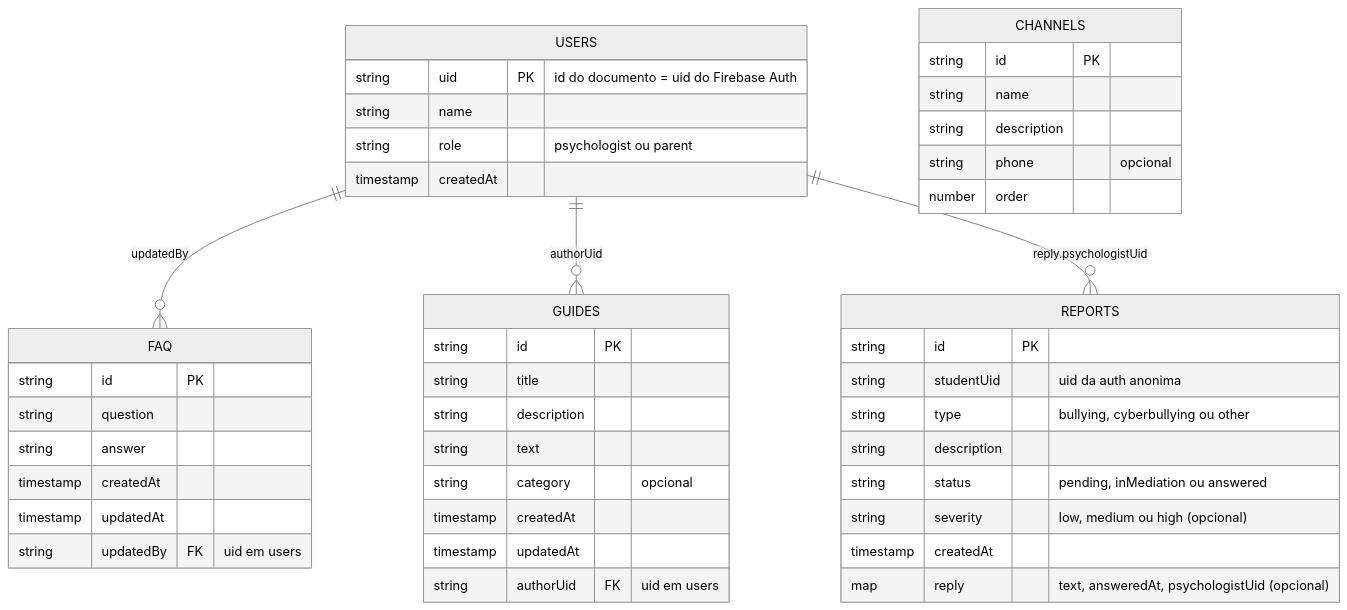
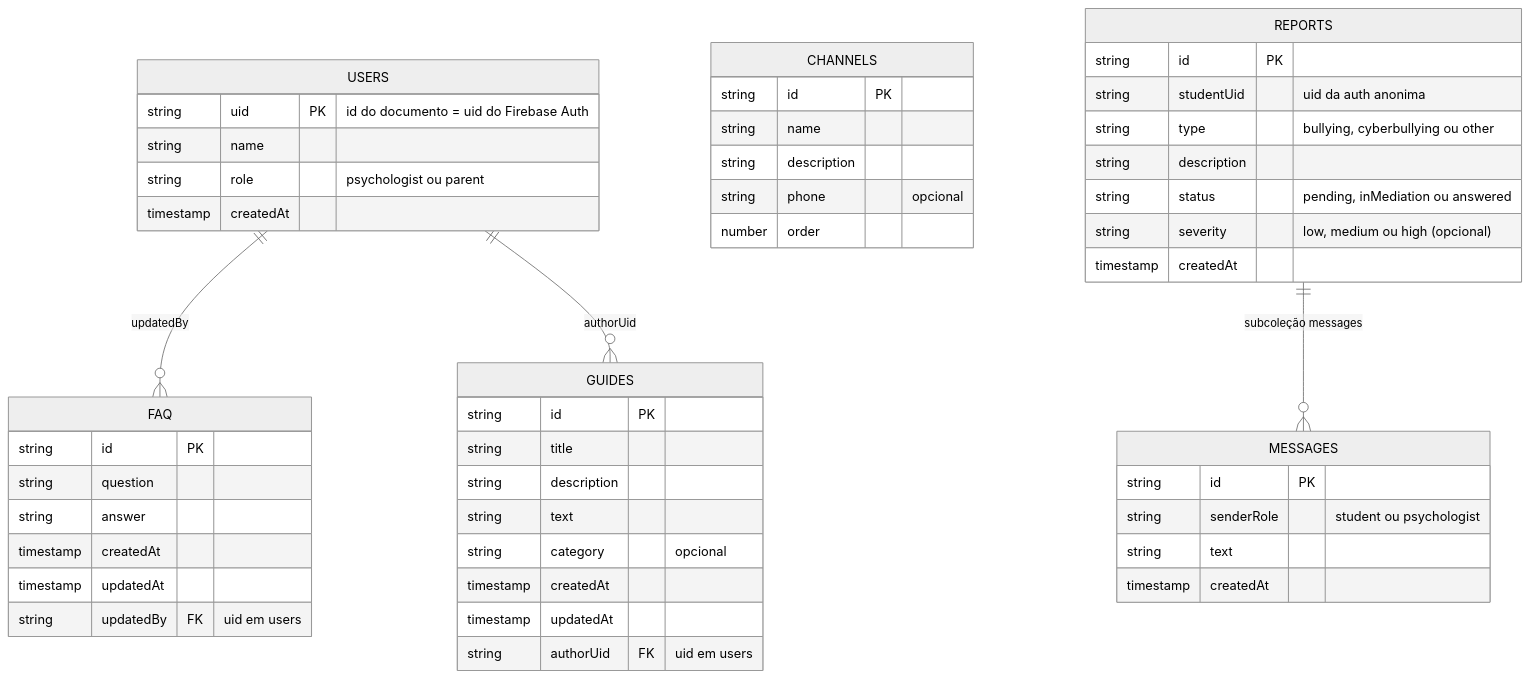
Before and after one commit to maarcos4g/mente-leve: the diagram in docs/modelagem/03-modelagem-firestore.md, drawn with Mermaid (neutral theme). The commit also changed other lines of this file and 27 other files, not shown here.

````diff
--- a/docs/modelagem/03-modelagem-firestore.md
+++ b/docs/modelagem/03-modelagem-firestore.md
@@ -9,47 +9,52 @@
 ```mermaid
 erDiagram
   USERS {
     string uid PK "id do documento = uid do Firebase Auth"
     string name
     string role "psychologist ou parent"
     timestamp createdAt
   }
   FAQ {
     string id PK
     string question
     string answer
     timestamp createdAt
     timestamp updatedAt
     string updatedBy FK "uid em users"
   }
   GUIDES {
     string id PK
     string title
     string description
     string text
     string category "opcional"
     timestamp createdAt
     timestamp updatedAt
     string authorUid FK "uid em users"
   }
   CHANNELS {
     string id PK
     string name
     string description
     string phone "opcional"
     number order
   }
   REPORTS {
     string id PK
     string studentUid "uid da auth anonima"
     string type "bullying, cyberbullying ou other"
     string description
     string status "pending, inMediation ou answered"
     string severity "low, medium ou high (opcional)"
     timestamp createdAt
-    map reply "text, answeredAt, psychologistUid (opcional)"
+  }
+  MESSAGES {
+    string id PK
+    string senderRole "student ou psychologist"
+    string text
+    timestamp createdAt
   }
   USERS ||--o{ FAQ : "updatedBy"
   USERS ||--o{ GUIDES : "authorUid"
-  USERS ||--o{ REPORTS : "reply.psychologistUid"
+  REPORTS ||--o{ MESSAGES : "subcoleção messages"
 ```
````
